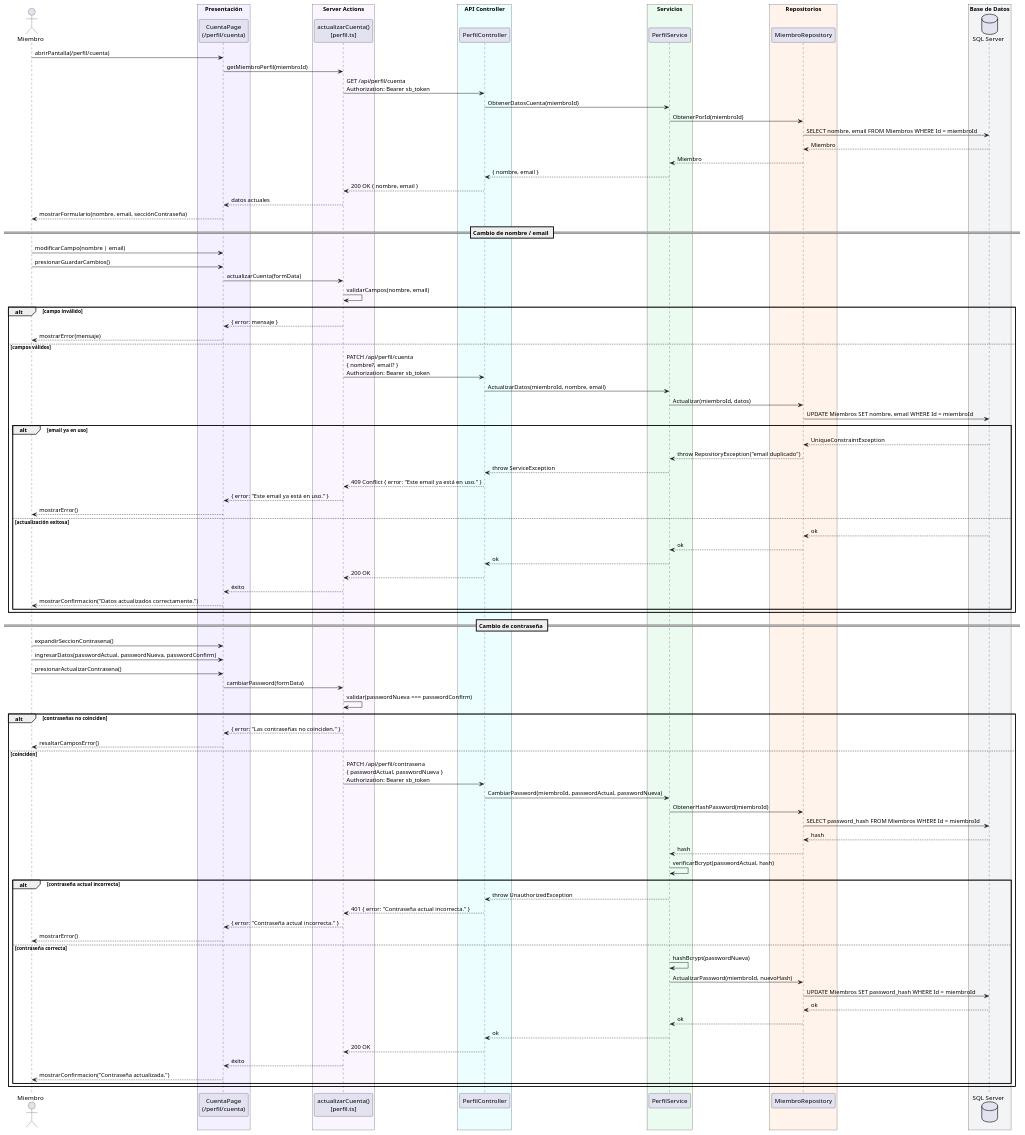
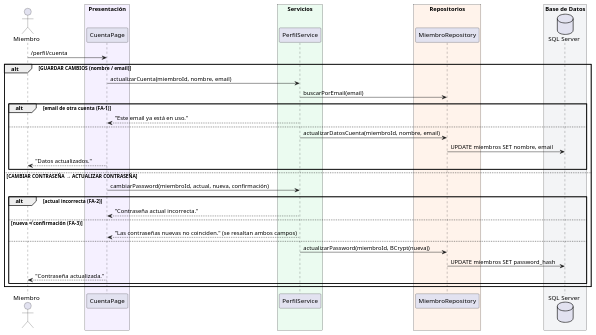
The seventh of 7 diagrams in silverback/docs/secuencias-cu005.md (nicolassepulveda13/SAP), drawn with PlantUML before and after one commit. The commit also changed other lines of this file and 82 other files, not shown here.

```diff
--- a/silverback/docs/secuencias-cu005.md
+++ b/silverback/docs/secuencias-cu005.md
@@ -376,15 +317,7 @@
 actor Miembro
 
 box "Presentación" #F5F0FF
-  participant "CuentaPage\n(/perfil/cuenta)" as Page
-end box
-
-box "Server Actions" #FAF5FF
-  participant "actualizarCuenta()\n[perfil.ts]" as Action
-end box
-
-box "API Controller" #ECFEFF
-  participant "PerfilController" as Ctrl
+  participant "CuentaPage" as Page
 end box
 
 box "Servicios" #EBFBF0
@@ -392,95 +325,34 @@
 end box
 
 box "Repositorios" #FFF3EB
-  participant "MiembroRepository" as Repo
+  participant "MiembroRepository" as MiembroRepo
 end box
 
 box "Base de Datos" #F3F4F6
   database "SQL Server" as DB
 end box
 
-Miembro -> Page: abrirPantalla(/perfil/cuenta)
-Page -> Action: getMiembroPerfil(miembroId)
-Action -> Ctrl: GET /api/perfil/cuenta\nAuthorization: Bearer sb_token
-Ctrl -> Svc: ObtenerDatosCuenta(miembroId)
-Svc -> Repo: ObtenerPorId(miembroId)
-Repo -> DB: SELECT nombre, email FROM Miembros WHERE Id = miembroId
-DB --> Repo: Miembro
-Repo --> Svc: Miembro
-Svc --> Ctrl: { nombre, email }
-Ctrl --> Action: 200 OK { nombre, email }
-Action --> Page: datos actuales
-Page --> Miembro: mostrarFormulario(nombre, email, secciónContraseña)
-
-== Cambio de nombre / email ==
-
-Miembro -> Page: modificarCampo(nombre | email)
-Miembro -> Page: presionarGuardarCambios()
-Page -> Action: actualizarCuenta(formData)
-Action -> Action: validarCampos(nombre, email)
-
-alt campo inválido
-    Action --> Page: { error: mensaje }
-    Page --> Miembro: mostrarError(mensaje)
-else campos válidos
-    Action -> Ctrl: PATCH /api/perfil/cuenta\n{ nombre?, email? }\nAuthorization: Bearer sb_token
-    Ctrl -> Svc: ActualizarDatos(miembroId, nombre, email)
-    Svc -> Repo: Actualizar(miembroId, datos)
-    Repo -> DB: UPDATE Miembros SET nombre, email WHERE Id = miembroId
-
-    alt email ya en uso
-        DB --> Repo: UniqueConstraintException
-        Repo --> Svc: throw RepositoryException("email duplicado")
-        Svc --> Ctrl: throw ServiceException
-        Ctrl --> Action: 409 Conflict { error: "Este email ya está en uso." }
-        Action --> Page: { error: "Este email ya está en uso." }
-        Page --> Miembro: mostrarError()
-    else actualización exitosa
-        DB --> Repo: ok
-        Repo --> Svc: ok
-        Svc --> Ctrl: ok
-        Ctrl --> Action: 200 OK
-        Action --> Page: éxito
-        Page --> Miembro: mostrarConfirmacion("Datos actualizados correctamente.")
+Miembro -> Page: /perfil/cuenta
+alt GUARDAR CAMBIOS (nombre / email)
+    Page -> Svc: actualizarCuenta(miembroId, nombre, email)
+    Svc -> MiembroRepo: buscarPorEmail(email)
+    alt email de otra cuenta (FA-1)
+        Svc --> Page: "Este email ya está en uso."
+    else
+        Svc -> MiembroRepo: actualizarDatosCuenta(miembroId, nombre, email)
+        MiembroRepo -> DB: UPDATE miembros SET nombre, email
+        Page --> Miembro: "Datos actualizados."
     end
-end
-
-== Cambio de contraseña ==
-
-Miembro -> Page: expandirSeccionContrasena()
-Miembro -> Page: ingresarDatos(passwordActual, passwordNueva, passwordConfirm)
-Miembro -> Page: presionarActualizarContrasena()
-
-Page -> Action: cambiarPassword(formData)
-Action -> Action: validar(passwordNueva === passwordConfirm)
-
-alt contraseñas no coinciden
-    Action --> Page: { error: "Las contraseñas no coinciden." }
-    Page --> Miembro: resaltarCamposError()
-else coinciden
-    Action -> Ctrl: PATCH /api/perfil/contrasena\n{ passwordActual, passwordNueva }\nAuthorization: Bearer sb_token
-    Ctrl -> Svc: CambiarPassword(miembroId, passwordActual, passwordNueva)
-    Svc -> Repo: ObtenerHashPassword(miembroId)
-    Repo -> DB: SELECT password_hash FROM Miembros WHERE Id = miembroId
-    DB --> Repo: hash
-    Repo --> Svc: hash
-    Svc -> Svc: verificarBcrypt(passwordActual, hash)
-
-    alt contraseña actual incorrecta
-        Svc --> Ctrl: throw UnauthorizedException
-        Ctrl --> Action: 401 { error: "Contraseña actual incorrecta." }
-        Action --> Page: { error: "Contraseña actual incorrecta." }
-        Page --> Miembro: mostrarError()
-    else contraseña correcta
-        Svc -> Svc: hashBcrypt(passwordNueva)
-        Svc -> Repo: ActualizarPassword(miembroId, nuevoHash)
-        Repo -> DB: UPDATE Miembros SET password_hash WHERE Id = miembroId
-        DB --> Repo: ok
-        Repo --> Svc: ok
-        Svc --> Ctrl: ok
-        Ctrl --> Action: 200 OK
-        Action --> Page: éxito
-        Page --> Miembro: mostrarConfirmacion("Contraseña actualizada.")
+else CAMBIAR CONTRASEÑA → ACTUALIZAR CONTRASEÑA
+    Page -> Svc: cambiarPassword(miembroId, actual, nueva, confirmación)
+    alt actual incorrecta (FA-2)
+        Svc --> Page: "Contraseña actual incorrecta."
+    else nueva ≠ confirmación (FA-3)
+        Svc --> Page: "Las contraseñas nuevas no coinciden." (se resaltan ambos campos)
+    else
+        Svc -> MiembroRepo: actualizarPassword(miembroId, BCrypt(nueva))
+        MiembroRepo -> DB: UPDATE miembros SET password_hash
+        Page --> Miembro: "Contraseña actualizada."
     end
 end
 
```
